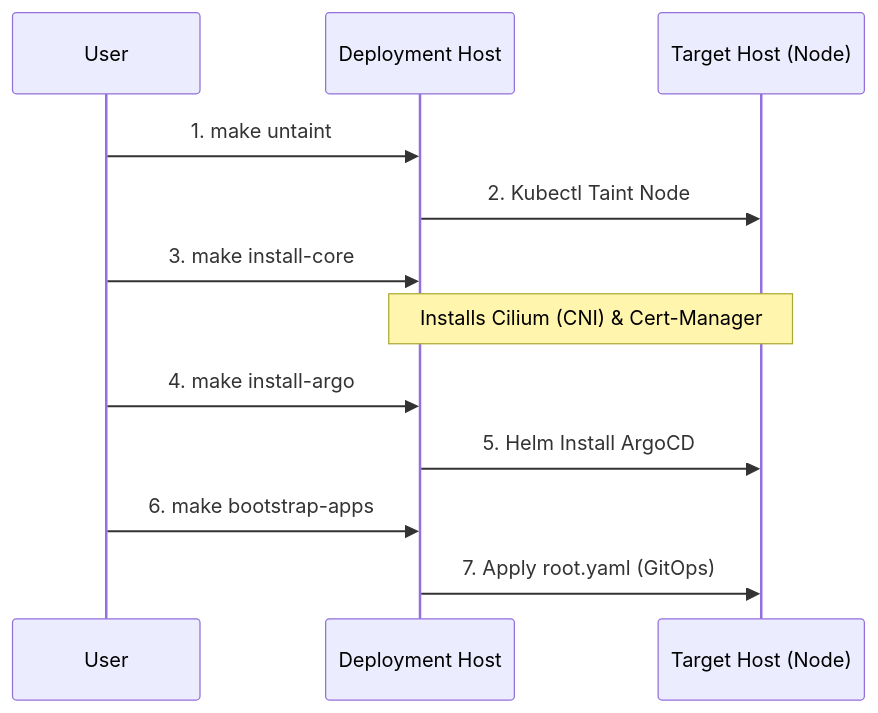
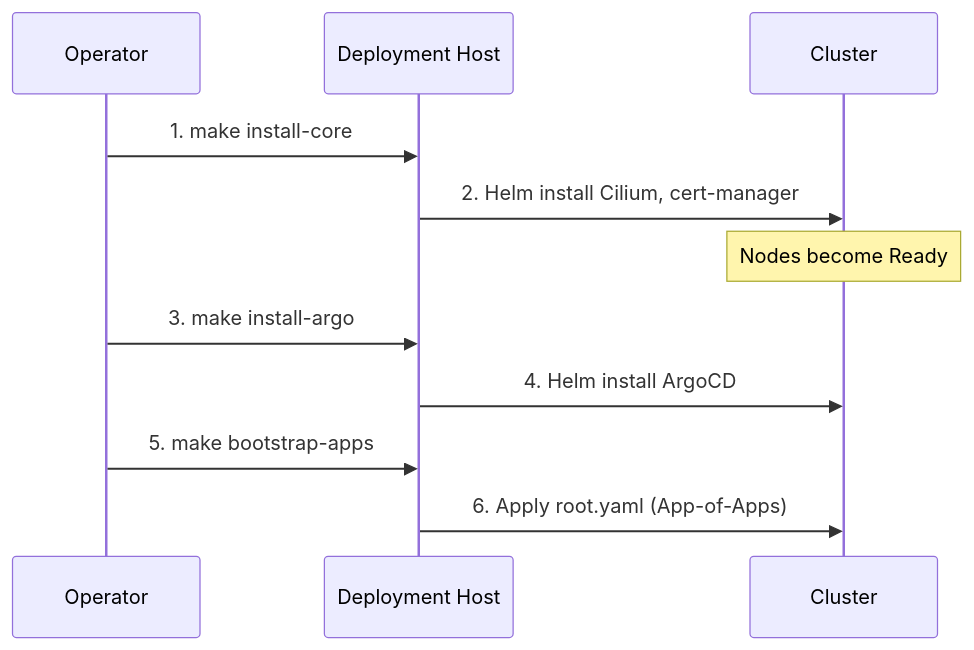
The third of 3 diagrams in docs/architecture/boot-process.md (JanWelker/homelab), drawn with Mermaid before and after one commit. The commit also changed other lines of this file and 16 other files, not shown here.

````diff
--- a/docs/architecture/boot-process.md
+++ b/docs/architecture/boot-process.md
@@ -51,15 +58,14 @@
 ```mermaid
 sequenceDiagram
-    participant Admin as User
+    participant Admin as Operator
     participant Deploy as Deployment Host
-    participant Target as Target Host (Node)
+    participant Cluster
 
-    Admin->>Deploy: 1. make untaint
-    Deploy->>Target: 2. Kubectl Taint Node
-    Admin->>Deploy: 3. make install-core
-    Note over Deploy,Target: Installs Cilium (CNI) & Cert-Manager
-    Admin->>Deploy: 4. make install-argo
-    Deploy->>Target: 5. Helm Install ArgoCD
-    Admin->>Deploy: 6. make bootstrap-apps
-    Deploy->>Target: 7. Apply root.yaml (GitOps)
+    Admin->>Deploy: 1. make install-core
+    Deploy->>Cluster: 2. Helm install Cilium, cert-manager
+    Note over Cluster: Nodes become Ready
+    Admin->>Deploy: 3. make install-argo
+    Deploy->>Cluster: 4. Helm install ArgoCD
+    Admin->>Deploy: 5. make bootstrap-apps
+    Deploy->>Cluster: 6. Apply root.yaml (App-of-Apps)
 ```
````
